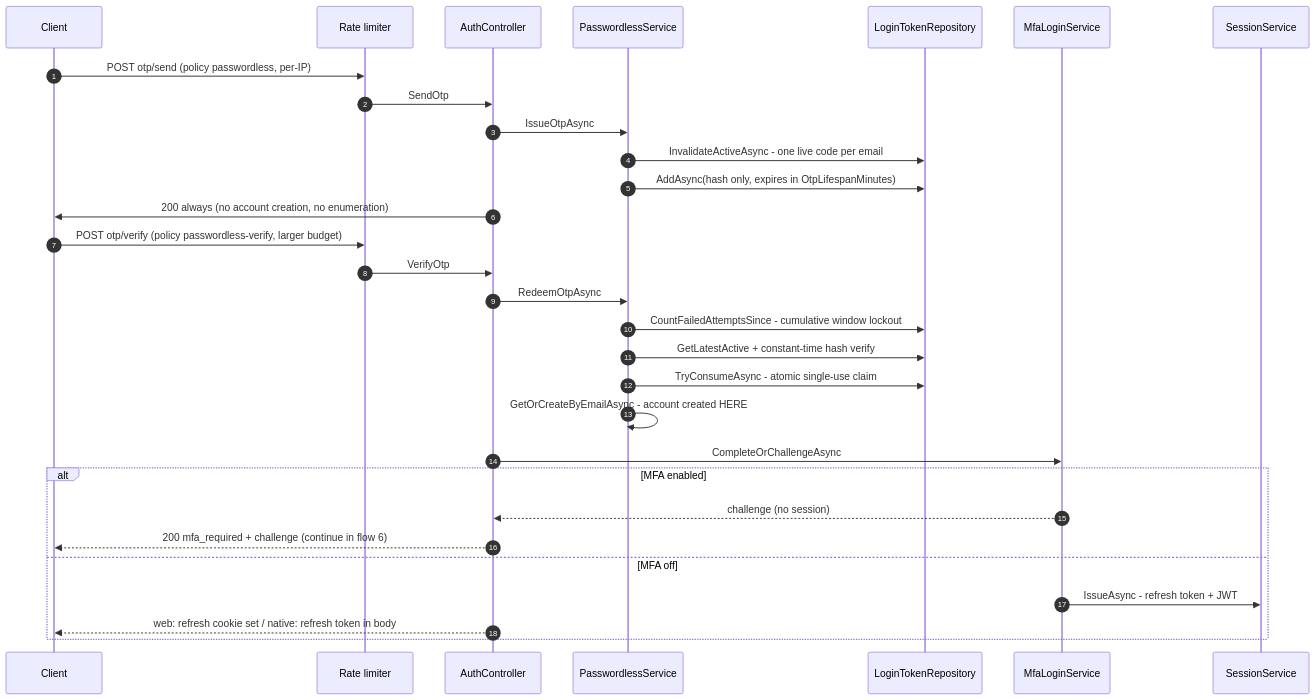
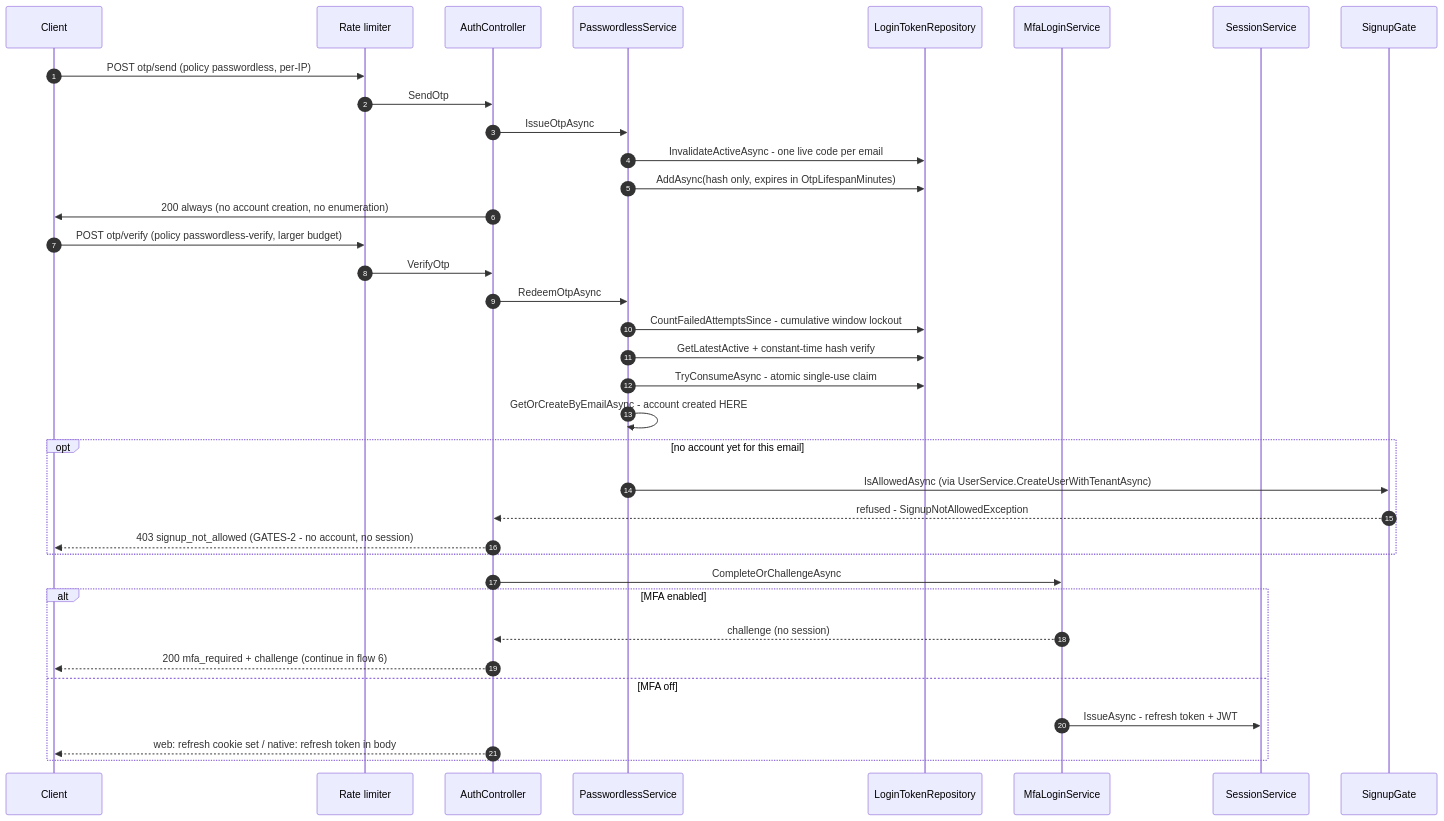
The third of 11 diagrams in docs/FLOWS.md (argamboad/vuelto), drawn with Mermaid before and after one commit. The commit also changed other lines of this file and 16 other files, not shown here.

First line of the commit message:
docs: the diagrams, the Postman collection and the config catalog say what the code answers, and four gates hold them (port)

````diff
--- a/docs/FLOWS.md
+++ b/docs/FLOWS.md
@@ -79,32 +79,38 @@
 ```mermaid
 sequenceDiagram
     autonumber
     participant C as Client
     participant RL as Rate limiter
     participant AC as AuthController
     participant PS as PasswordlessService
     participant LR as LoginTokenRepository
     participant ML as MfaLoginService
     participant SS as SessionService
+    participant SG as SignupGate
     C->>RL: POST otp/send (policy passwordless, per-IP)
     RL->>AC: SendOtp
     AC->>PS: IssueOtpAsync
     PS->>LR: InvalidateActiveAsync - one live code per email
     PS->>LR: AddAsync(hash only, expires in OtpLifespanMinutes)
     AC->>C: 200 always (no account creation, no enumeration)
     C->>RL: POST otp/verify (policy passwordless-verify, larger budget)
     RL->>AC: VerifyOtp
     AC->>PS: RedeemOtpAsync
     PS->>LR: CountFailedAttemptsSince - cumulative window lockout
     PS->>LR: GetLatestActive + constant-time hash verify
     PS->>LR: TryConsumeAsync - atomic single-use claim
     PS->>PS: GetOrCreateByEmailAsync - account created HERE
+    opt no account yet for this email
+        PS->>SG: IsAllowedAsync (via UserService.CreateUserWithTenantAsync)
+        SG-->>AC: refused - SignupNotAllowedException
+        AC-->>C: 403 signup_not_allowed (GATES-2 - no account, no session)
+    end
     AC->>ML: CompleteOrChallengeAsync
     alt MFA enabled
         ML-->>AC: challenge (no session)
         AC-->>C: 200 mfa_required + challenge (continue in flow 6)
     else MFA off
         ML->>SS: IssueAsync - refresh token + JWT
         AC-->>C: web: refresh cookie set / native: refresh token in body
     end
 ```
````
